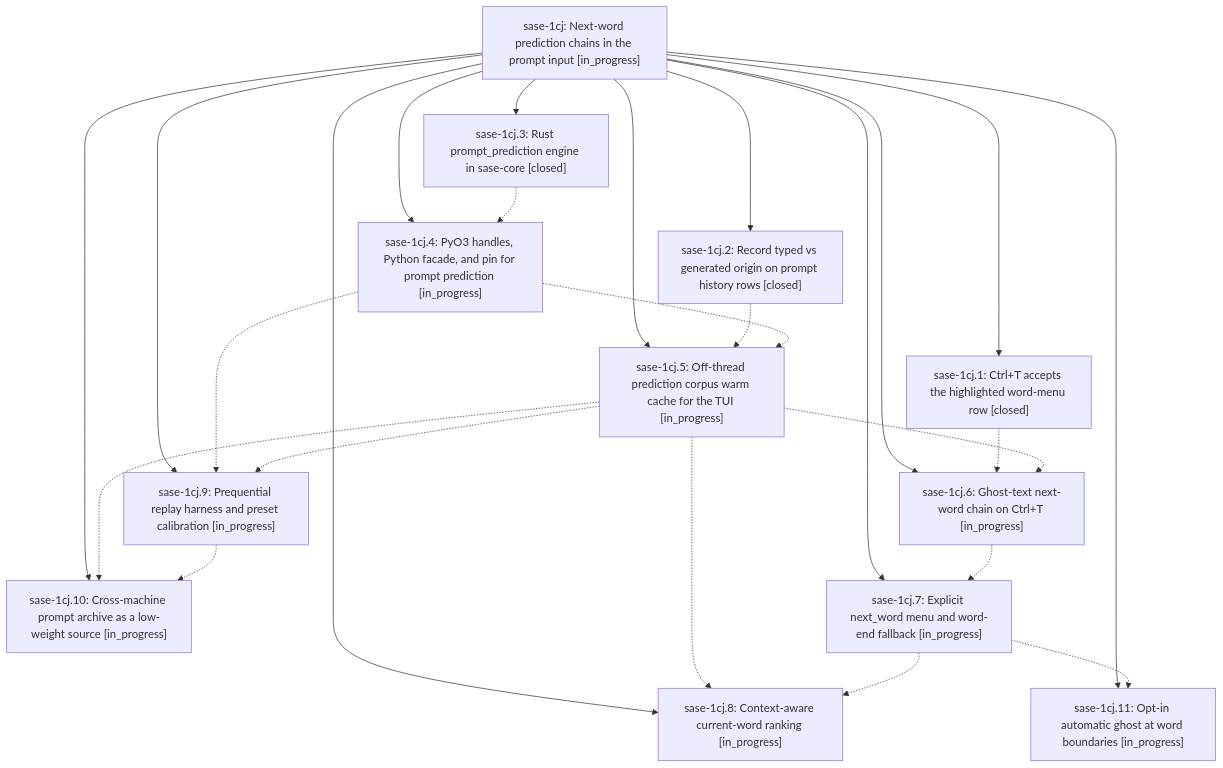
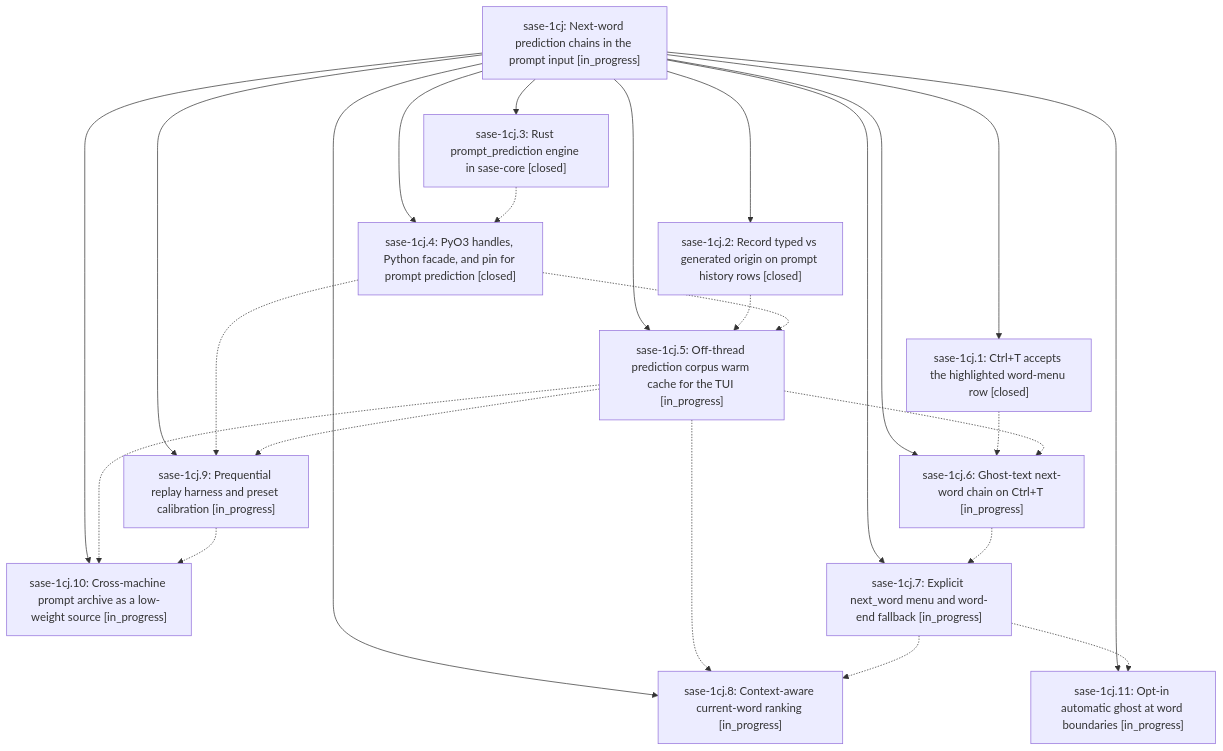
One commit to sase-org/sase--beads changed the diagram in pages/sase-1cj/README.md. Above: the diagram before and after it, drawn with Mermaid. The commit also changed other lines of this file and 6 other files, not shown here.

````diff
--- a/pages/sase-1cj/README.md
+++ b/pages/sase-1cj/README.md
@@ -46,39 +46,39 @@
 ```mermaid
 flowchart TD
     n0["sase-1cj: Next-word prediction chains in the prompt input [in_progress]"]
     n1["sase-1cj.1: Ctrl+T accepts the highlighted word-menu row [closed]"]
     n2["sase-1cj.10: Cross-machine prompt archive as a low-weight source [in_progress]"]
     n3["sase-1cj.11: Opt-in automatic ghost at word boundaries [in_progress]"]
     n4["sase-1cj.2: Record typed vs generated origin on prompt history rows [closed]"]
     n5["sase-1cj.3: Rust prompt_prediction engine in sase-core [closed]"]
-    n6["sase-1cj.4: PyO3 handles, Python facade, and pin for prompt prediction [in_progress]"]
+    n6["sase-1cj.4: PyO3 handles, Python facade, and pin for prompt prediction [closed]"]
     n7["sase-1cj.5: Off-thread prediction corpus warm cache for the TUI [in_progress]"]
     n8["sase-1cj.6: Ghost-text next-word chain on Ctrl+T [in_progress]"]
     n9["sase-1cj.7: Explicit next_word menu and word-end fallback [in_progress]"]
     n10["sase-1cj.8: Context-aware current-word ranking [in_progress]"]
     n11["sase-1cj.9: Prequential replay harness and preset calibration [in_progress]"]
     n0 --> n1
     n0 --> n2
     n0 --> n3
     n0 --> n4
     n0 --> n5
     n0 --> n6
     n0 --> n7
     n0 --> n8
     n0 --> n9
     n0 --> n10
     n0 --> n11
     n1 -.-> n8
     n4 -.-> n7
     n5 -.-> n6
     n6 -.-> n7
     n6 -.-> n11
     n7 -.-> n2
     n7 -.-> n8
     n7 -.-> n10
     n7 -.-> n11
     n8 -.-> n9
     n9 -.-> n3
     n9 -.-> n10
     n11 -.-> n2
 ```
````
